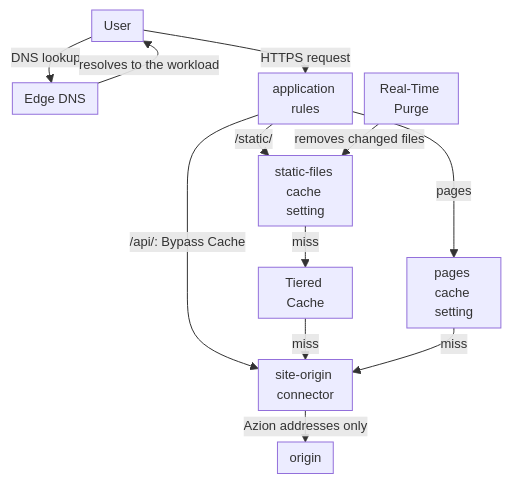
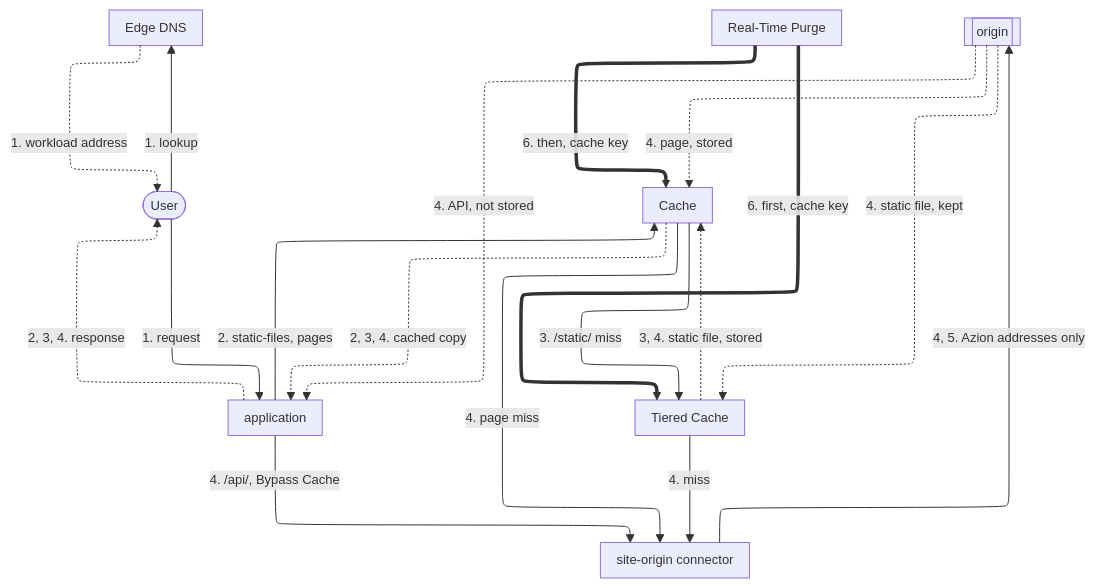
Before and after one commit to aziontech/docs: the diagram in apps/docs/src/content/docs/en/pages/architectures/edge-application/content-delivery.mdx, drawn with Mermaid. The commit also changed other lines of this file and 179 other files, not shown here.

Commit message:
docs(diagrams): redraw every other diagram in the use-case diagram style (#2513)

````diff
--- a/apps/docs/src/content/docs/en/pages/architectures/edge-application/content-delivery.mdx
+++ b/apps/docs/src/content/docs/en/pages/architectures/edge-application/content-delivery.mdx
@@ -18,15 +20,29 @@
 ```mermaid
-%%{init: {"layout": "dagre", "themeVariables": {"fontSize": "13px"}, "flowchart": {"nodeSpacing": 12, "rankSpacing": 12, "padding": 6, "wrappingWidth": 70, "minNodeWidth": 40, "useMaxWidth": true}}}%%
+%%{init: {"layout": "elk", "elk": {"cycleBreakingStrategy": "MODEL_ORDER"}, "themeVariables": {"fontSize": "13px"}, "flowchart": {"nodeSpacing": 24, "rankSpacing": 36, "padding": 8, "wrappingWidth": 150, "useMaxWidth": true}, "sequence": {"width": 120, "actorMargin": 30, "useMaxWidth": true}}}%%
 flowchart TD
-  User["User"] -->|"DNS lookup"| DNS["Edge DNS"]
-  DNS -->|"resolves to the workload"| User
-  User -->|"HTTPS request"| App["application rules"]
-  App -->|"/static/"| Static["static-files cache setting"]
-  App -->|"pages"| Pages["pages cache setting"]
-  App -->|"/api/: Bypass Cache"| Conn["site-origin connector"]
-  Static -->|"miss"| Tiered["Tiered Cache"]
-  Tiered -->|"miss"| Conn
-  Pages -->|"miss"| Conn
-  Conn -->|"Azion addresses only"| Origin["origin"]
-  Purge["Real-Time Purge"] -->|"removes changed files"| Static
+  User(["User"])
+  DNS["Edge DNS"]
+  App["application"]
+  Cache["Cache"]
+  Purge["Real-Time Purge"]
+  Tiered["Tiered Cache"]
+  Conn["site-origin connector"]
+  Origin[["origin"]]
+  User -->|"1. lookup"| DNS
+  User -->|"1. request"| App
+  App -->|"4. /api/, Bypass Cache"| Conn
+  App -->|"2. static-files, pages"| Cache
+  Cache -->|"3. /static/ miss"| Tiered
+  Cache -->|"4. page miss"| Conn
+  Tiered -->|"4. miss"| Conn
+  Conn -->|"4, 5. Azion addresses only"| Origin
+  DNS -.->|"1. workload address"| User
+  Origin -.->|"4. static file, kept"| Tiered
+  Origin -.->|"4. page, stored"| Cache
+  Tiered -.->|"3, 4. static file, stored"| Cache
+  Origin -.->|"4. API, not stored"| App
+  Cache -.->|"2, 3, 4. cached copy"| App
+  App -.->|"2, 3, 4. response"| User
+  Purge ==>|"6. first, cache key"| Tiered
+  Purge ==>|"6. then, cache key"| Cache
 ```
````
